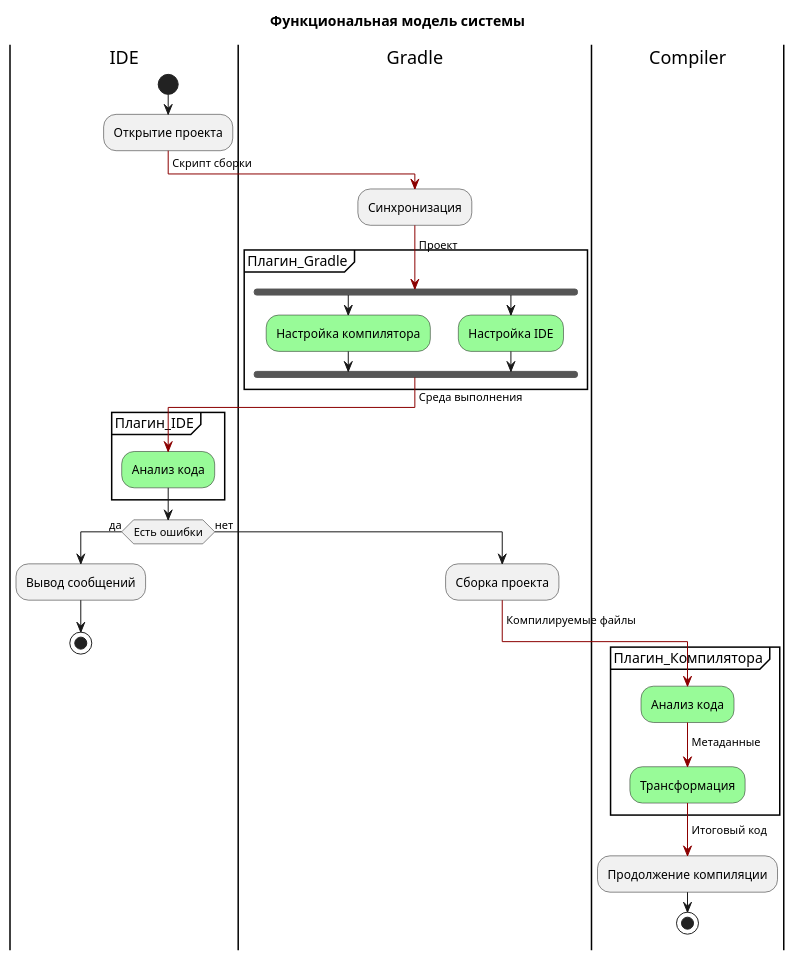
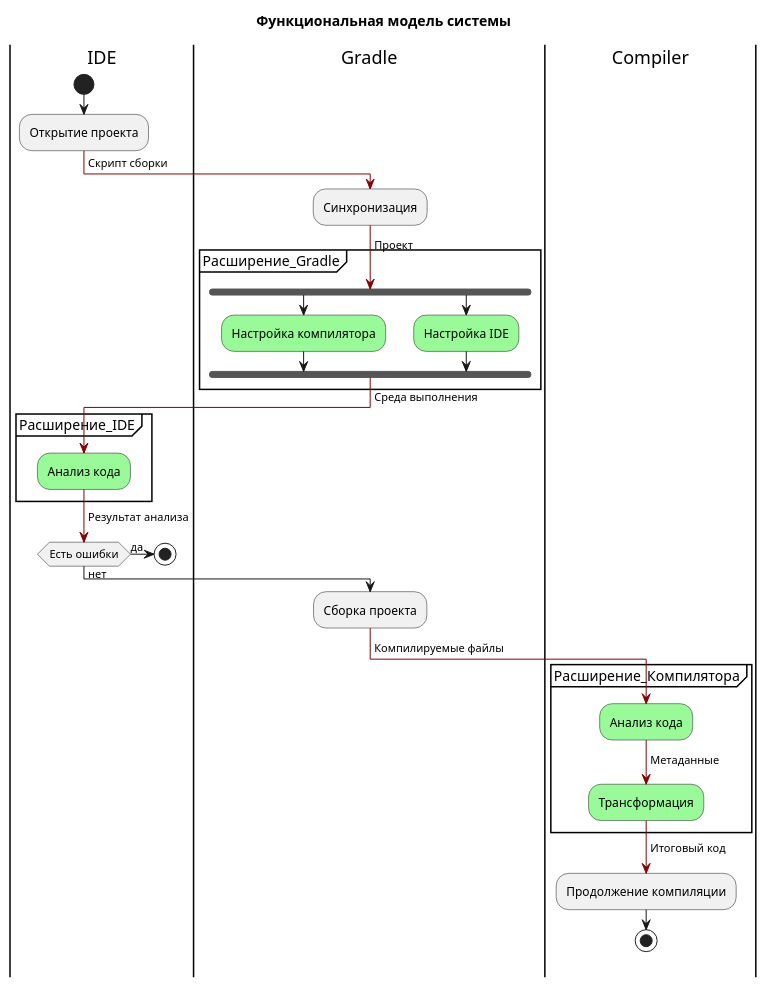
One commit to koperagen/konnekt changed the diagram in docs/integration_main.puml. Above: the diagram before and after it, drawn with PlantUML. The commit also changed 3 other files, not shown here.

Commit message:
Refactor diagrams

```diff
--- a/docs/integration_main.puml
+++ b/docs/integration_main.puml
@@ -1,39 +1,39 @@
 @startuml
 title Функциональная модель системы
 |IDE|
 start
 :Открытие проекта;
 -[#darkred]-> Скрипт сборки;
 |Gradle|
 :Синхронизация;
 -[#darkred]-> Проект;
-partition Плагин_Gradle {
+partition Расширение_Gradle {
     fork
     #palegreen:Настройка компилятора;
     forkagain
     #palegreen:Настройка IDE;
     endfork
 }
 |IDE|
 -[#darkred]-> Среда выполнения;
-partition Плагин_IDE {
+partition Расширение_IDE {
     #palegreen:Анализ кода;
 }
+-[#darkred]-> Результат анализа;
 if (Есть ошибки) then (да)
-    :Вывод сообщений;
     stop
 else (нет)
     |Gradle|
     :Сборка проекта;
     -[#darkred]-> Компилируемые файлы;
-    partition Плагин_Компилятора {
+    partition Расширение_Компилятора {
         |Compiler|
         #palegreen:Анализ кода;
         -[#darkred]-> Метаданные;
         #palegreen:Трансформация;
     }
     -[#darkred]-> Итоговый код;
     :Продолжение компиляции;
     stop
 endif
 @enduml
```
